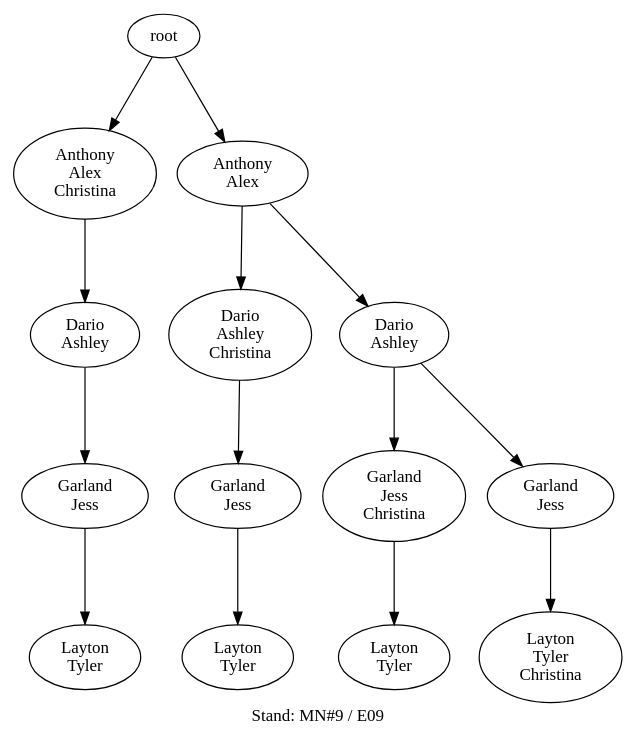
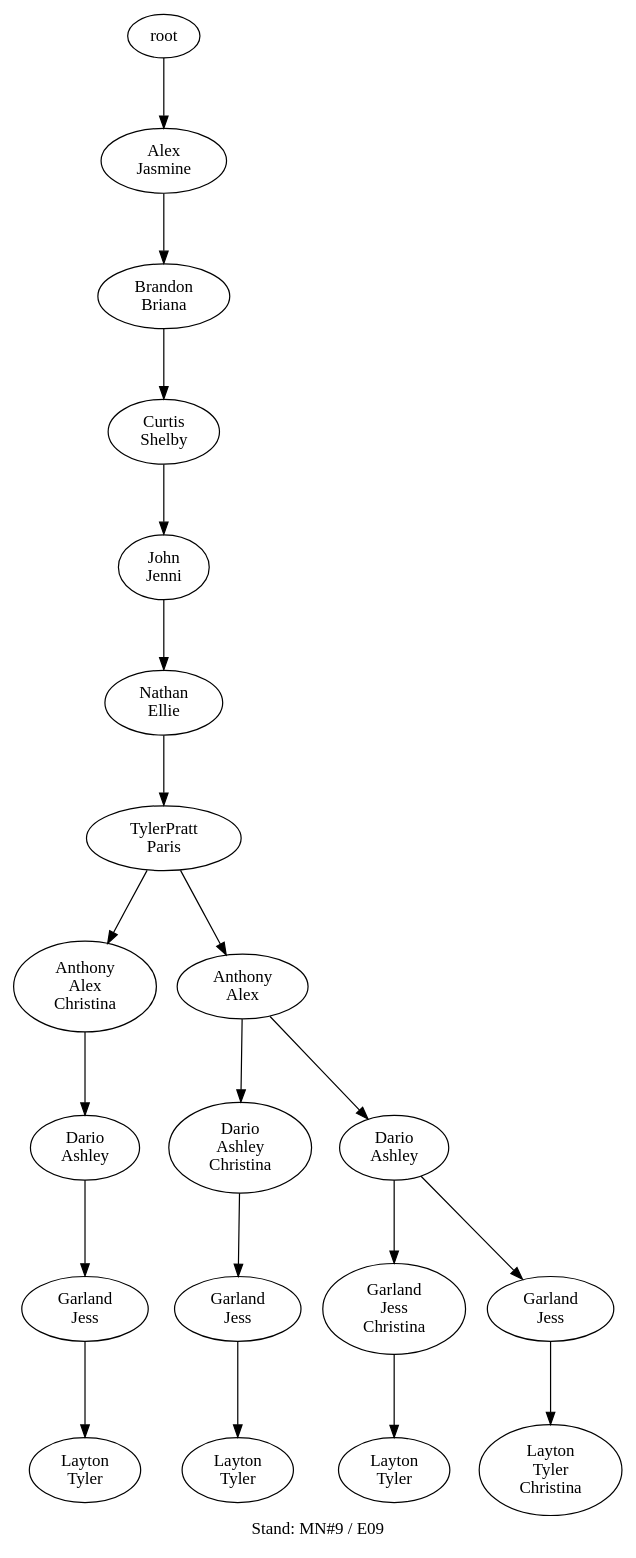
The diagram in data/us02/us02_18_tree.dot (atticus-sullivan/sim-ayto), drawn with Graphviz before and after one commit. The commit also changed 192 other files, not shown here.

```diff
--- a/data/us02/us02_18_tree.dot
+++ b/data/us02/us02_18_tree.dot
@@ -1,28 +1,40 @@
 digraph D { labelloc="b"; label="Stand: MN#9 / E09"; ranksep=0.8;
-"root/10000000001"[label="Anthony\nAlex\nChristina"]
-"root" -> "root/10000000001";
-"root/10000000001/10"[label="Dario\nAshley"]
-"root/10000000001" -> "root/10000000001/10";
-"root/10000000001/10/1000000"[label="Garland\nJess"]
-"root/10000000001/10" -> "root/10000000001/10/1000000";
-"root/10000000001/10/1000000/1000000000"[label="Layton\nTyler"]
-"root/10000000001/10/1000000" -> "root/10000000001/10/1000000/1000000000";
-"root/1"[label="Anthony\nAlex"]
-"root" -> "root/1";
-"root/1/10000000010"[label="Dario\nAshley\nChristina"]
-"root/1" -> "root/1/10000000010";
-"root/1/10000000010/1000000"[label="Garland\nJess"]
-"root/1/10000000010" -> "root/1/10000000010/1000000";
-"root/1/10000000010/1000000/1000000000"[label="Layton\nTyler"]
-"root/1/10000000010/1000000" -> "root/1/10000000010/1000000/1000000000";
-"root/1/10"[label="Dario\nAshley"]
-"root/1" -> "root/1/10";
-"root/1/10/10001000000"[label="Garland\nJess\nChristina"]
-"root/1/10" -> "root/1/10/10001000000";
-"root/1/10/10001000000/1000000000"[label="Layton\nTyler"]
-"root/1/10/10001000000" -> "root/1/10/10001000000/1000000000";
-"root/1/10/1000000"[label="Garland\nJess"]
-"root/1/10" -> "root/1/10/1000000";
-"root/1/10/1000000/11000000000"[label="Layton\nTyler\nChristina"]
-"root/1/10/1000000" -> "root/1/10/1000000/11000000000";
+"root/10000"[label="Alex\nJasmine"]
+"root" -> "root/10000";
+"root/10000/100"[label="Brandon\nBriana"]
+"root/10000" -> "root/10000/100";
+"root/10000/100/100000000"[label="Curtis\nShelby"]
+"root/10000/100" -> "root/10000/100/100000000";
+"root/10000/100/100000000/100000"[label="John\nJenni"]
+"root/10000/100/100000000" -> "root/10000/100/100000000/100000";
+"root/10000/100/100000000/100000/1000"[label="Nathan\nEllie"]
+"root/10000/100/100000000/100000" -> "root/10000/100/100000000/100000/1000";
+"root/10000/100/100000000/100000/1000/10000000"[label="TylerPratt\nParis"]
+"root/10000/100/100000000/100000/1000" -> "root/10000/100/100000000/100000/1000/10000000";
+"root/10000/100/100000000/100000/1000/10000000/10000000001"[label="Anthony\nAlex\nChristina"]
+"root/10000/100/100000000/100000/1000/10000000" -> "root/10000/100/100000000/100000/1000/10000000/10000000001";
+"root/10000/100/100000000/100000/1000/10000000/10000000001/10"[label="Dario\nAshley"]
+"root/10000/100/100000000/100000/1000/10000000/10000000001" -> "root/10000/100/100000000/100000/1000/10000000/10000000001/10";
+"root/10000/100/100000000/100000/1000/10000000/10000000001/10/1000000"[label="Garland\nJess"]
+"root/10000/100/100000000/100000/1000/10000000/10000000001/10" -> "root/10000/100/100000000/100000/1000/10000000/10000000001/10/1000000";
+"root/10000/100/100000000/100000/1000/10000000/10000000001/10/1000000/1000000000"[label="Layton\nTyler"]
+"root/10000/100/100000000/100000/1000/10000000/10000000001/10/1000000" -> "root/10000/100/100000000/100000/1000/10000000/10000000001/10/1000000/1000000000";
+"root/10000/100/100000000/100000/1000/10000000/1"[label="Anthony\nAlex"]
+"root/10000/100/100000000/100000/1000/10000000" -> "root/10000/100/100000000/100000/1000/10000000/1";
+"root/10000/100/100000000/100000/1000/10000000/1/10000000010"[label="Dario\nAshley\nChristina"]
+"root/10000/100/100000000/100000/1000/10000000/1" -> "root/10000/100/100000000/100000/1000/10000000/1/10000000010";
+"root/10000/100/100000000/100000/1000/10000000/1/10000000010/1000000"[label="Garland\nJess"]
+"root/10000/100/100000000/100000/1000/10000000/1/10000000010" -> "root/10000/100/100000000/100000/1000/10000000/1/10000000010/1000000";
+"root/10000/100/100000000/100000/1000/10000000/1/10000000010/1000000/1000000000"[label="Layton\nTyler"]
+"root/10000/100/100000000/100000/1000/10000000/1/10000000010/1000000" -> "root/10000/100/100000000/100000/1000/10000000/1/10000000010/1000000/1000000000";
+"root/10000/100/100000000/100000/1000/10000000/1/10"[label="Dario\nAshley"]
+"root/10000/100/100000000/100000/1000/10000000/1" -> "root/10000/100/100000000/100000/1000/10000000/1/10";
+"root/10000/100/100000000/100000/1000/10000000/1/10/10001000000"[label="Garland\nJess\nChristina"]
+"root/10000/100/100000000/100000/1000/10000000/1/10" -> "root/10000/100/100000000/100000/1000/10000000/1/10/10001000000";
+"root/10000/100/100000000/100000/1000/10000000/1/10/10001000000/1000000000"[label="Layton\nTyler"]
+"root/10000/100/100000000/100000/1000/10000000/1/10/10001000000" -> "root/10000/100/100000000/100000/1000/10000000/1/10/10001000000/1000000000";
+"root/10000/100/100000000/100000/1000/10000000/1/10/1000000"[label="Garland\nJess"]
+"root/10000/100/100000000/100000/1000/10000000/1/10" -> "root/10000/100/100000000/100000/1000/10000000/1/10/1000000";
+"root/10000/100/100000000/100000/1000/10000000/1/10/1000000/11000000000"[label="Layton\nTyler\nChristina"]
+"root/10000/100/100000000/100000/1000/10000000/1/10/1000000" -> "root/10000/100/100000000/100000/1000/10000000/1/10/1000000/11000000000";
 }
```
